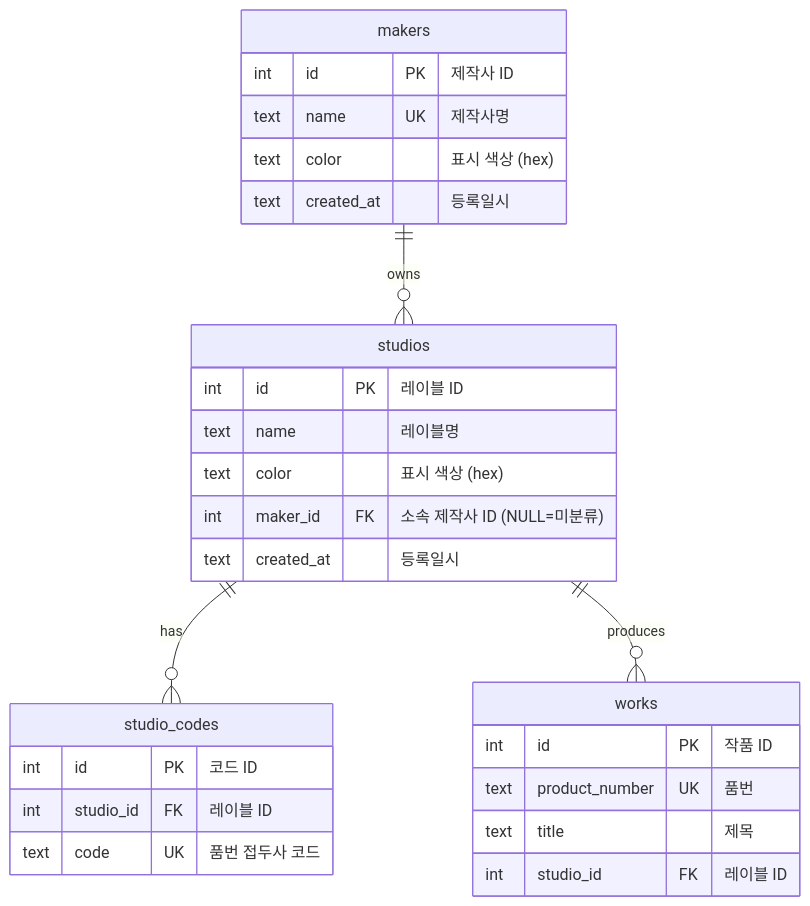
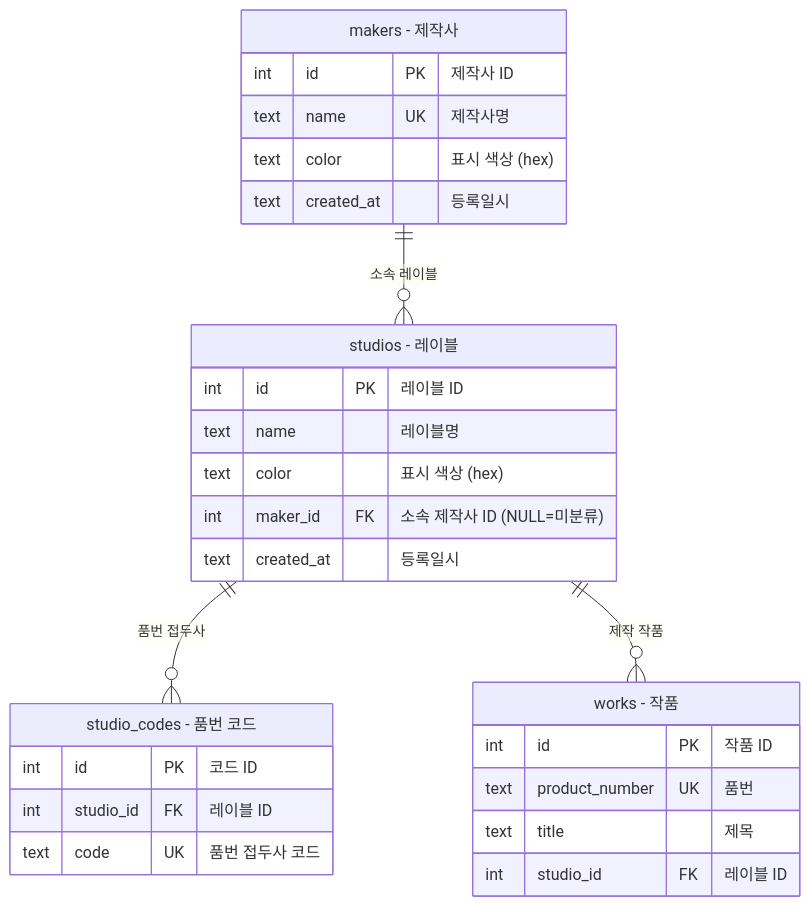
The diagram in erd/studios.md (swimbird84/amng), drawn with Mermaid before and after one commit. The commit also changed 5 other files, not shown here.

Commit message:
docs: ERD 테이블/관계 한글 설명 추가 및 overview 추가

````diff
--- a/erd/studios.md
+++ b/erd/studios.md
@@ -3,31 +3,31 @@
 ```mermaid
 erDiagram
-    makers {
+    makers["makers - 제작사"] {
         int id PK "제작사 ID"
         text name UK "제작사명"
         text color "표시 색상 (hex)"
         text created_at "등록일시"
     }
-    studios {
+    studios["studios - 레이블"] {
         int id PK "레이블 ID"
         text name "레이블명"
         text color "표시 색상 (hex)"
         int maker_id FK "소속 제작사 ID (NULL=미분류)"
         text created_at "등록일시"
     }
-    studio_codes {
+    studio_codes["studio_codes - 품번 코드"] {
         int id PK "코드 ID"
         int studio_id FK "레이블 ID"
         text code UK "품번 접두사 코드"
     }
-    works {
+    works["works - 작품"] {
         int id PK "작품 ID"
         text product_number UK "품번"
         text title "제목"
         int studio_id FK "레이블 ID"
     }
 
-    makers ||--o{ studios : "owns"
-    studios ||--o{ studio_codes : "has"
-    studios ||--o{ works : "produces"
+    makers ||--o{ studios : "소속 레이블"
+    studios ||--o{ studio_codes : "품번 접두사"
+    studios ||--o{ works : "제작 작품"
 ```
````
